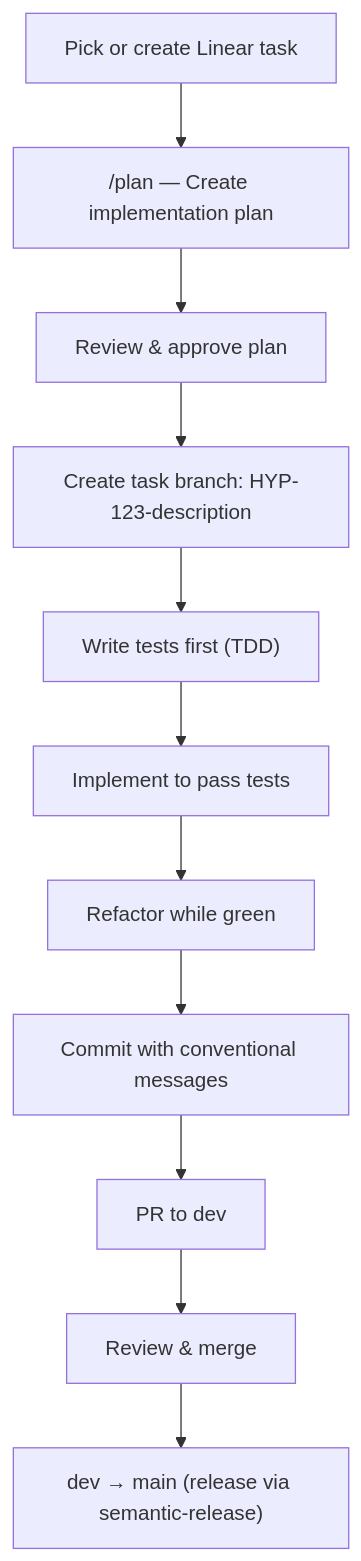
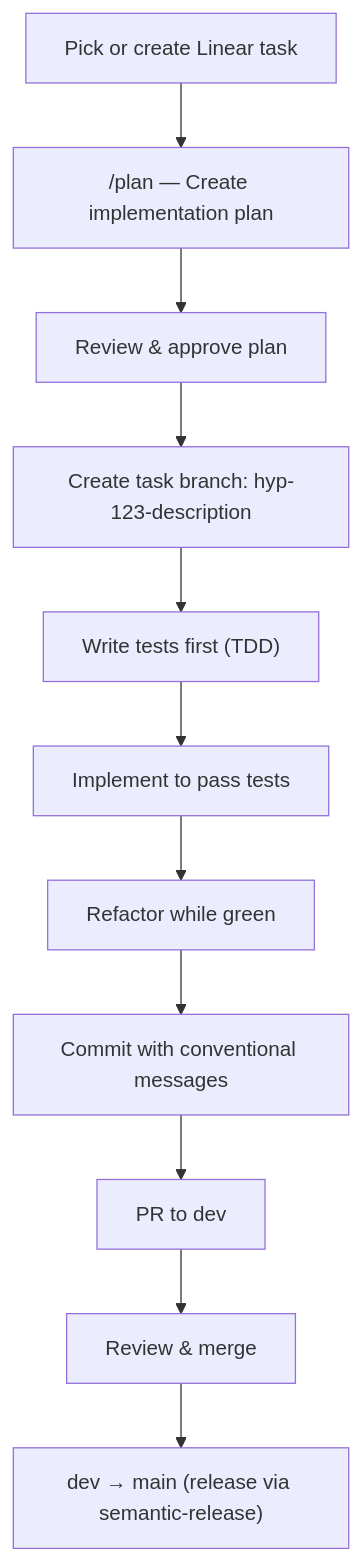
Before and after one commit to bernat-leads/Batch_video: the second of 2 diagrams in apps/mkdocs/docs/reference/coding-conventions.md, drawn with Mermaid. The commit also changed other lines of this file and 90 other files, not shown here.

````diff
--- a/apps/mkdocs/docs/reference/coding-conventions.md
+++ b/apps/mkdocs/docs/reference/coding-conventions.md
@@ -353,13 +309,13 @@
 ```mermaid
 flowchart TD
     A["Pick or create Linear task"] --> B["/plan — Create implementation plan"]
     B --> C["Review & approve plan"]
-    C --> D["Create task branch: HYP-123-description"]
+    C --> D["Create task branch: hyp-123-description"]
     D --> E["Write tests first (TDD)"]
     E --> F["Implement to pass tests"]
     F --> G["Refactor while green"]
     G --> H["Commit with conventional messages"]
     H --> I["PR to dev"]
     I --> J["Review & merge"]
     J --> K["dev → main (release via semantic-release)"]
 ```
````
